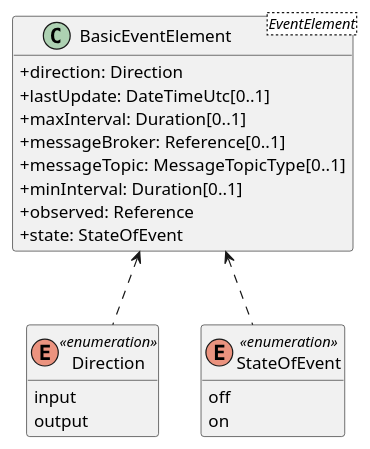
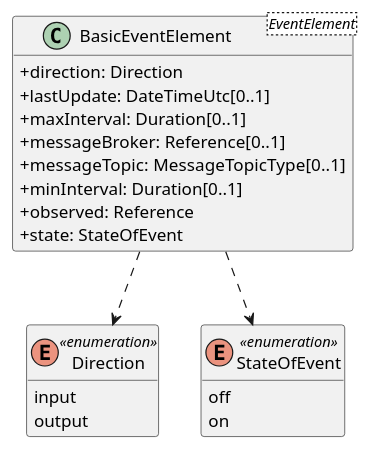
Before and after one commit to zrgt/py2puml: the diagram in output/29_Basic_event_element.puml, drawn with PlantUML. The commit also changed 50 other files, not shown here.

```diff
--- a/output/29_Basic_event_element.puml
+++ b/output/29_Basic_event_element.puml
@@ -1,25 +1,25 @@
 @startuml
 skinparam classAttributeIconSize 0
 hide methods
 
 class BasicEventElement<EventElement> {
   +direction: Direction 
   +lastUpdate: DateTimeUtc[0..1] 
   +maxInterval: Duration[0..1] 
   +messageBroker: Reference[0..1] 
   +messageTopic: MessageTopicType[0..1] 
   +minInterval: Duration[0..1] 
   +observed: Reference 
   +state: StateOfEvent 
 }
 enum Direction <<enumeration>> {
   input
   output
 }
 enum StateOfEvent <<enumeration>> {
   off
   on
 }
-BasicEventElement <.. Direction
-BasicEventElement <.. StateOfEvent
+BasicEventElement ..> Direction
+BasicEventElement ..> StateOfEvent
 @enduml
```
